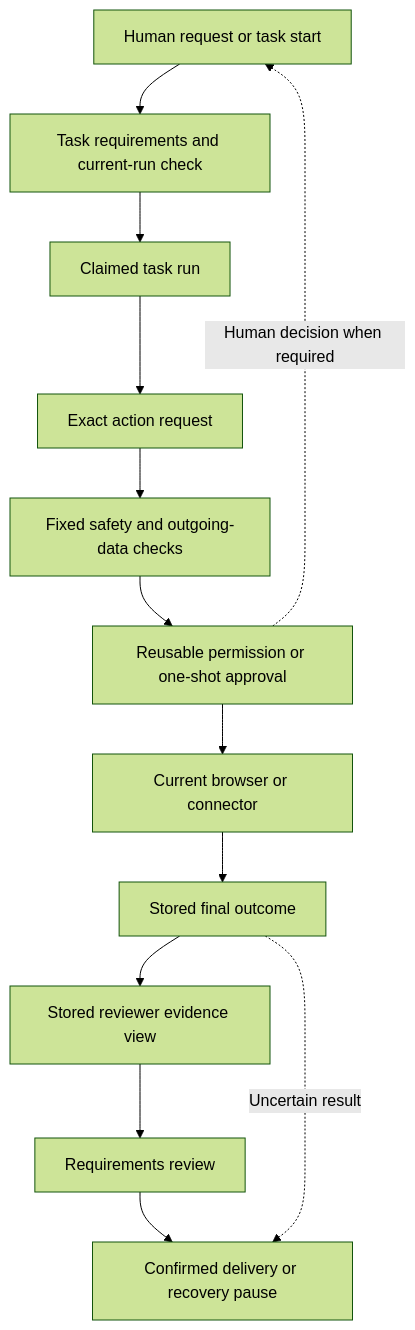
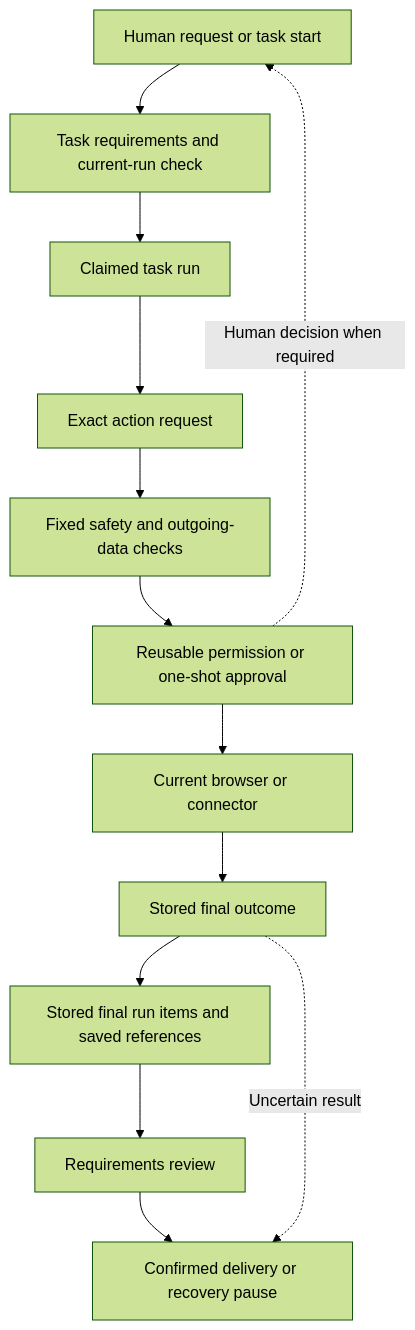
One commit to kpsuperplane/Noema changed diagram 29 of 29 in docs/superpowers/plans/2026-08-08-noema-practical-reliability-roadmap.md. Above: the diagram before and after it, drawn with Mermaid (forest theme). The commit also changed other lines of this file, not shown here.

Commit message:
docs: simplify reliability roadmap

````diff
--- a/docs/superpowers/plans/2026-08-08-noema-practical-reliability-roadmap.md
+++ b/docs/superpowers/plans/2026-08-08-noema-practical-reliability-roadmap.md
@@ -1845,18 +1669,18 @@
 ```mermaid
 flowchart TD
     H["Human request or task start"]
     T["Task requirements and current-run check"]
     R["Claimed task run"]
     A["Exact action request"]
     P["Fixed safety and outgoing-data checks"]
     G["Reusable permission or one-shot approval"]
     C["Current browser or connector"]
     O["Stored final outcome"]
-    E["Stored reviewer evidence view"]
+    E["Stored final run items and saved references"]
     V["Requirements review"]
     D["Confirmed delivery or recovery pause"]
 
     H --> T --> R --> A --> P --> G --> C --> O --> E --> V --> D
     G -.->|Human decision when required| H
     O -.->|Uncertain result| D
 ```
````
